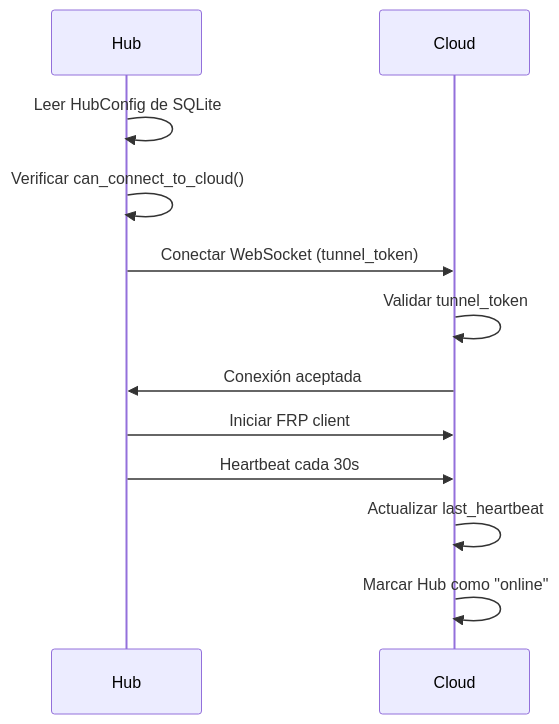
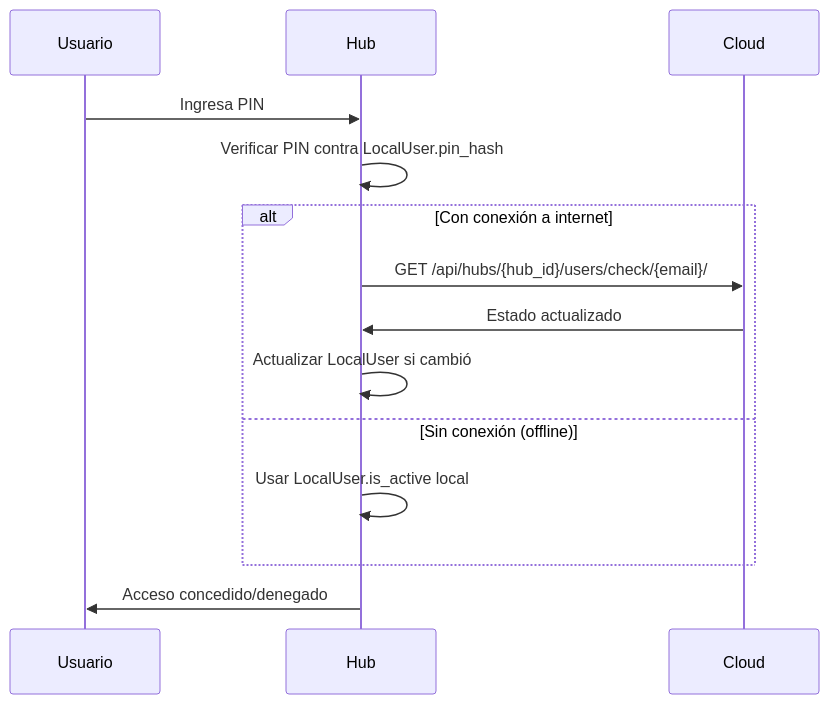
One commit to ERPlora/hub changed the second of 2 diagrams in docs/CLOUD.md. Above: the diagram before and after it, drawn with Mermaid. The commit also changed other lines of this file and 12 other files, not shown here.

````diff
--- a/docs/CLOUD.md
+++ b/docs/CLOUD.md
@@ -389,15 +192,19 @@
 ```mermaid
 sequenceDiagram
+    participant U as Usuario
     participant H as Hub
     participant C as Cloud
 
-    H->>H: Leer HubConfig de SQLite
-    H->>H: Verificar can_connect_to_cloud()
-    H->>C: Conectar WebSocket (tunnel_token)
-    C->>C: Validar tunnel_token
-    C->>H: Conexión aceptada
-    H->>C: Iniciar FRP client
-    H->>C: Heartbeat cada 30s
-    C->>C: Actualizar last_heartbeat
-    C->>C: Marcar Hub como "online"
+    U->>H: Ingresa PIN
+    H->>H: Verificar PIN contra LocalUser.pin_hash
+
+    alt Con conexión a internet
+        H->>C: GET /api/hubs/{hub_id}/users/check/{email}/
+        C->>H: Estado actualizado
+        H->>H: Actualizar LocalUser si cambió
+    else Sin conexión (offline)
+        H->>H: Usar LocalUser.is_active local
+    end
+
+    H->>U: Acceso concedido/denegado
 ```
````
